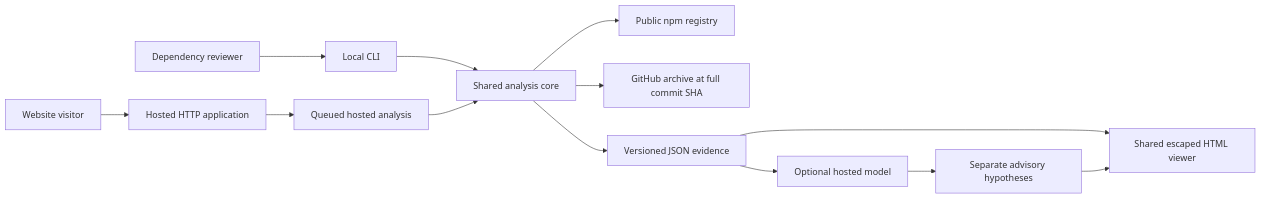
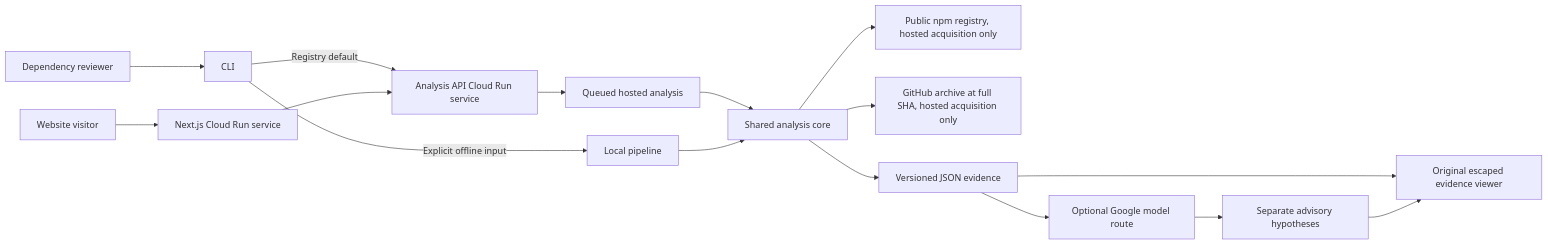
The first of 6 diagrams in docs/architecture.md (Vaiditya2207/unmask), drawn with Mermaid before and after one commit. The commit also changed other lines of this file and 4 other files, not shown here.

````diff
--- a/docs/architecture.md
+++ b/docs/architecture.md
@@ -17,15 +14,18 @@
 ```mermaid
 flowchart LR
-  Engineer[Dependency reviewer] --> CLI[Local CLI]
-  Visitor[Website visitor] --> HTTP[Hosted HTTP application]
-  CLI --> Core[Shared analysis core]
-  HTTP --> Runner[Queued hosted analysis]
-  Runner --> Core
-  Core --> Registry[Public npm registry]
-  Core --> Source[GitHub archive at full commit SHA]
+  Engineer[Dependency reviewer] --> CLI[CLI]
+  Visitor[Website visitor] --> Web[Next.js Cloud Run service]
+  CLI -->|Registry default| API[Analysis API Cloud Run service]
+  Web --> API
+  CLI -->|Explicit offline input| Offline[Local pipeline]
+  API --> Runner[Queued hosted analysis]
+  Runner --> Core[Shared analysis core]
+  Offline --> Core
+  Core --> Registry[Public npm registry, hosted acquisition only]
+  Core --> Source[GitHub archive at full SHA, hosted acquisition only]
   Core --> Report[Versioned JSON evidence]
-  Report --> Viewer[Shared escaped HTML viewer]
-  Report --> Model[Optional hosted model]
+  Report --> Viewer[Original escaped evidence viewer]
+  Report --> Model[Optional Google model route]
   Model --> Advisory[Separate advisory hypotheses]
   Advisory --> Viewer
 ```
````
